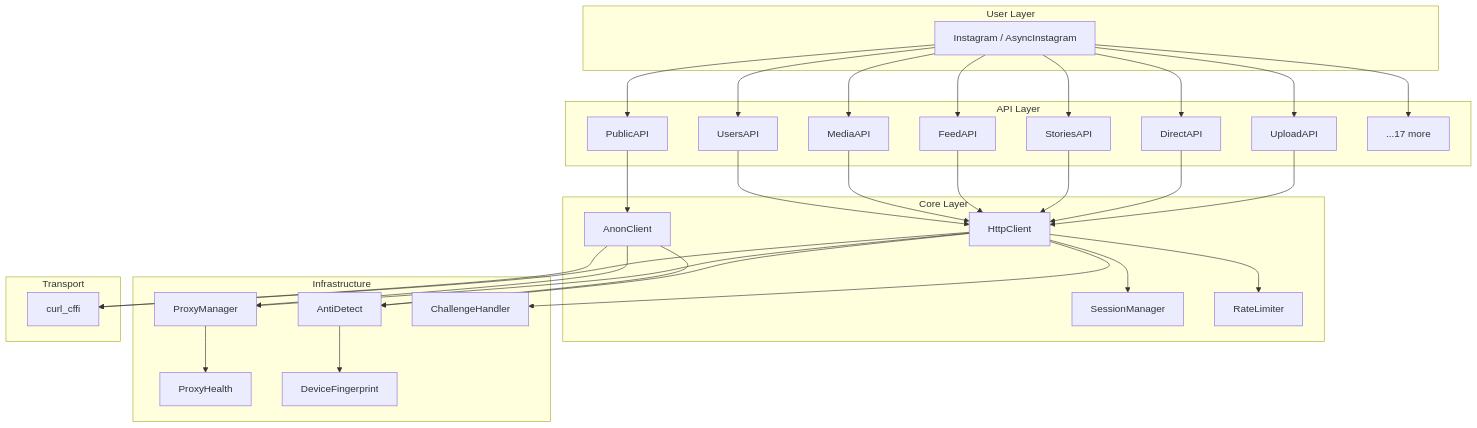
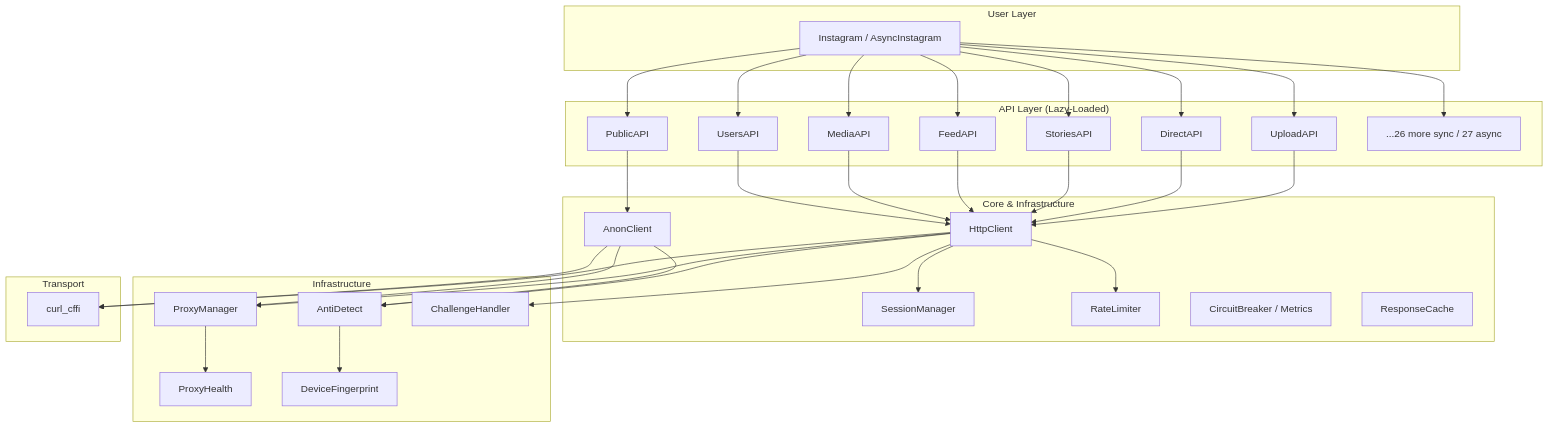
The diagram in docs/core/architecture.md (mpython77/instaharvest_v2), drawn with Mermaid before and after one commit. The commit also changed other lines of this file and 35 other files, not shown here.

````diff
--- a/docs/core/architecture.md
+++ b/docs/core/architecture.md
@@ -7,67 +7,69 @@
 ```mermaid
 graph TB
     subgraph "User Layer"
         IG["Instagram / AsyncInstagram"]
     end
     
-    subgraph "API Layer"
+    subgraph "API Layer (Lazy-Loaded)"
         PUB["PublicAPI"]
         USR["UsersAPI"]
         MED["MediaAPI"]
         FD["FeedAPI"]
         ST["StoriesAPI"]
         DR["DirectAPI"]
         UP["UploadAPI"]
-        MORE["...17 more"]
+        MORE["...26 more sync / 27 async"]
     end
-    
-    subgraph "Core Layer"
+
+    subgraph "Core & Infrastructure"
         ANON["AnonClient"]
         HTTP["HttpClient"]
         SM["SessionManager"]
         RL["RateLimiter"]
+        CB["CircuitBreaker / Metrics"]
+        RC["ResponseCache"]
     end
     
     subgraph "Infrastructure"
         AD["AntiDetect"]
         PM["ProxyManager"]
         PH["ProxyHealth"]
         DF["DeviceFingerprint"]
         CH["ChallengeHandler"]
     end
     
     subgraph "Transport"
         CF["curl_cffi"]
     end
     
     IG --> PUB
     IG --> USR
     IG --> MED
     IG --> FD
     IG --> ST
     IG --> DR
     IG --> UP
     IG --> MORE
     
     PUB --> ANON
     USR --> HTTP
     MED --> HTTP
     FD --> HTTP
     ST --> HTTP
     DR --> HTTP
     UP --> HTTP
     
     ANON --> AD
     ANON --> PM
     HTTP --> SM
     HTTP --> RL
     HTTP --> AD
     HTTP --> PM
     HTTP --> CH
     
     AD --> DF
     PM --> PH
     
     ANON --> CF
     HTTP --> CF
 ```
````
